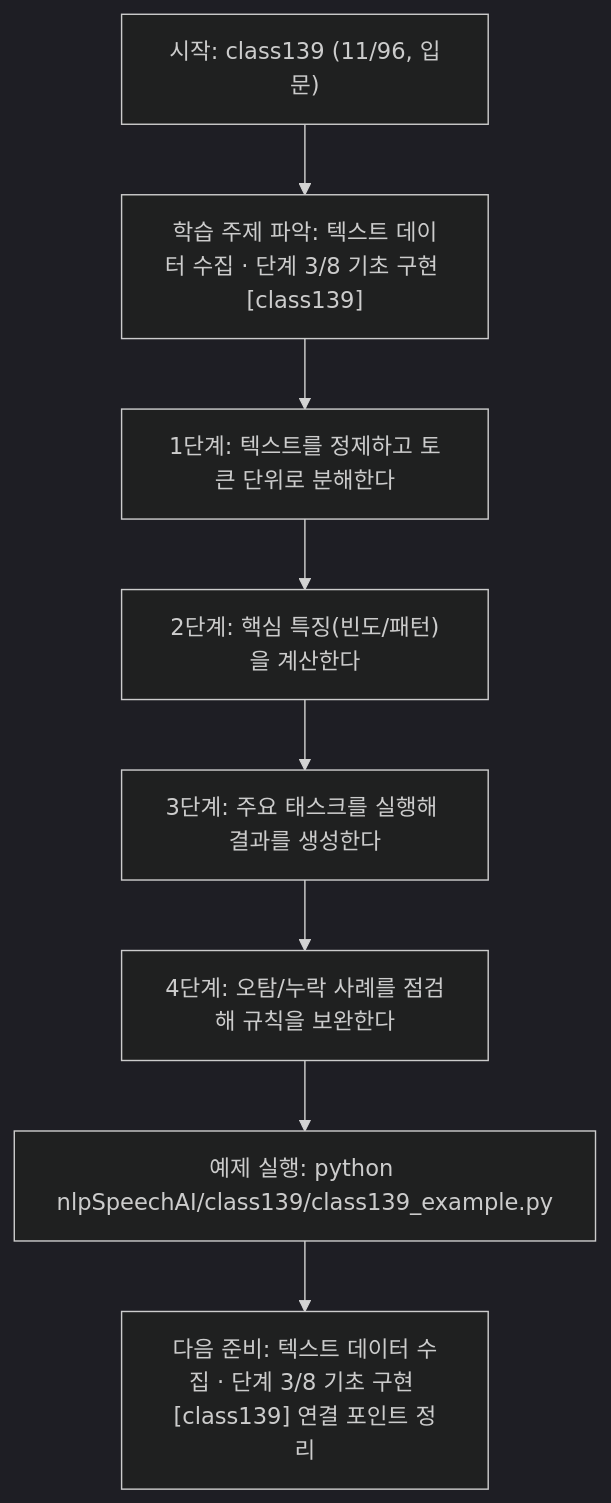
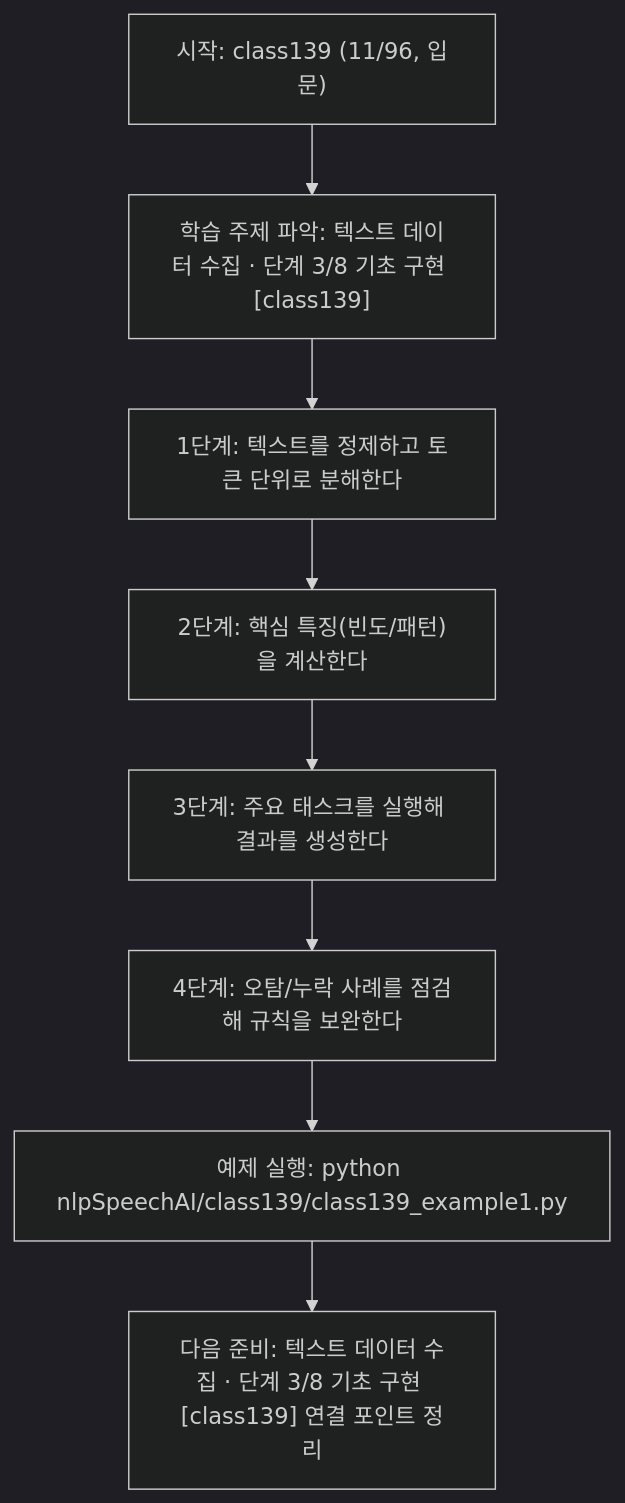
The diagram in nlpSpeechAI/class139/class139.md (edumgt/Python-AI_Agent-Class), drawn with Mermaid (dark theme) before and after one commit. The commit also changed other lines of this file and 2959 other files, not shown here.

````diff
--- a/nlpSpeechAI/class139/class139.md
+++ b/nlpSpeechAI/class139/class139.md
@@ -114,18 +114,18 @@
 ```mermaid
 flowchart TD
 N1["시작: class139 (11/96, 입문)"]
 N2["학습 주제 파악: 텍스트 데이터 수집 · 단계 3/8 기초 구현 [class139]"]
 N3["1단계: 텍스트를 정제하고 토큰 단위로 분해한다"]
 N4["2단계: 핵심 특징(빈도/패턴)을 계산한다"]
 N5["3단계: 주요 태스크를 실행해 결과를 생성한다"]
 N6["4단계: 오탐/누락 사례를 점검해 규칙을 보완한다"]
-N7["예제 실행: python nlpSpeechAI/class139/class139_example.py"]
+N7["예제 실행: python nlpSpeechAI/class139/class139_example1.py"]
 N8["다음 준비: 텍스트 데이터 수집 · 단계 3/8 기초 구현 [class139] 연결 포인트 정리"]
 N1 --> N2
 N2 --> N3
 N3 --> N4
 N4 --> N5
 N5 --> N6
 N6 --> N7
 N7 --> N8
 ```
````
